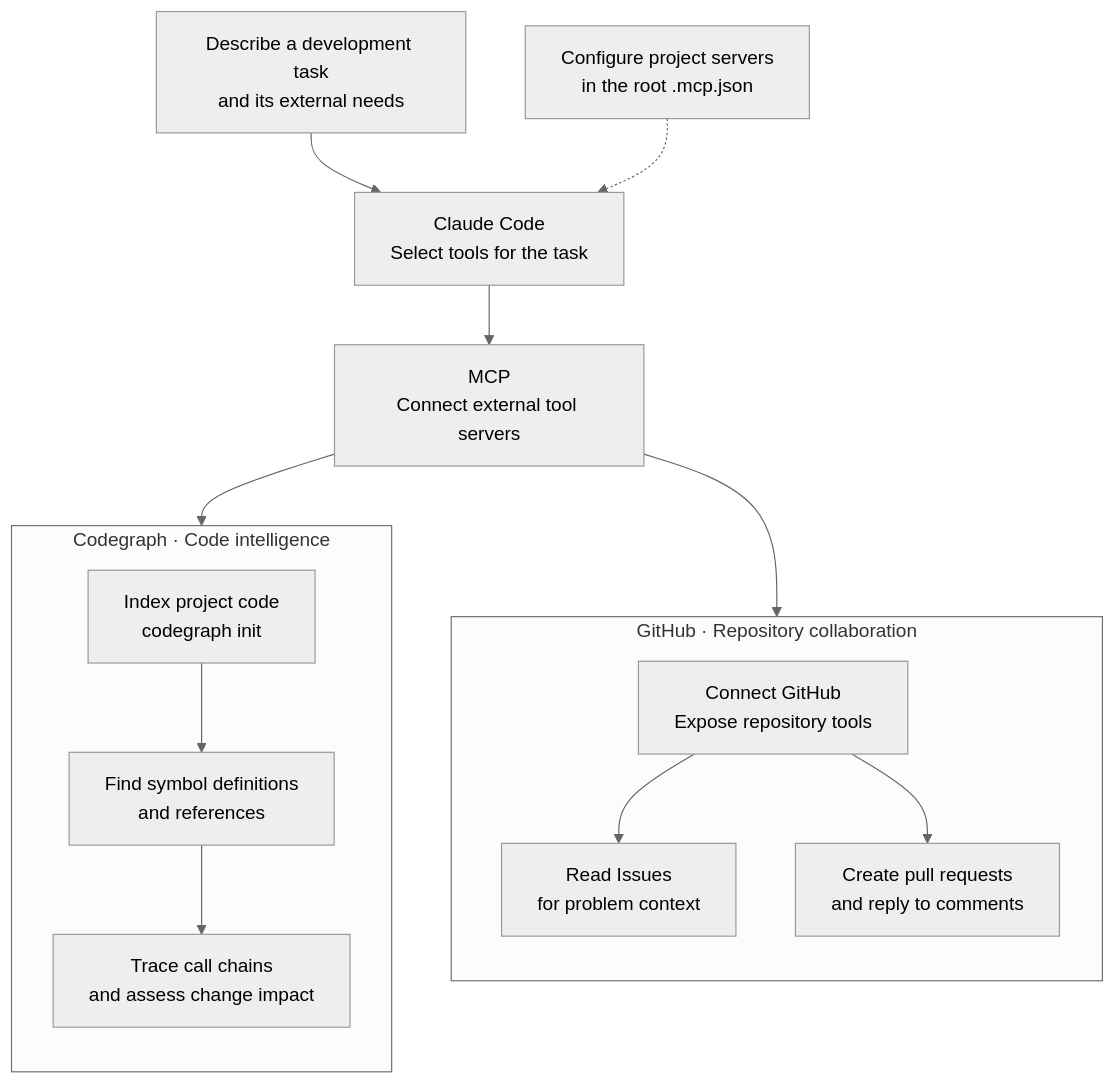
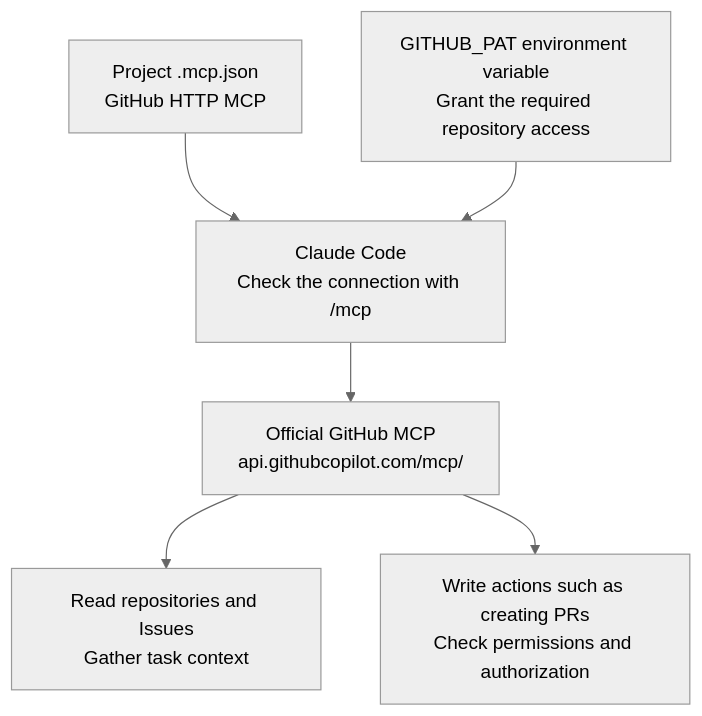
The diagram in diagrams/en/claude-code-mcp.mmd (Jackie-Daddy/Lab-Tutorial), drawn with Mermaid (neutral theme) before and after one commit. The commit also changed 77 other files, not shown here.

```diff
--- a/diagrams/en/claude-code-mcp.mmd
+++ b/diagrams/en/claude-code-mcp.mmd
@@ -1,27 +1,15 @@
 flowchart TB
-  accTitle: How Claude Code Calls External Tools through MCP
-  accDescr: A project-root .mcp.json configures MCP servers. Claude Code selects server tools for the task. The tutorial shows Codegraph for code search and impact analysis, and GitHub for Issues, pull requests, and comments.
-  request["Describe a development task<br/>and its external needs"]
-  config["Configure project servers<br/>in the root .mcp.json"]
-  agent["Claude Code<br/>Select tools for the task"]
-  protocol["MCP<br/>Connect external tool servers"]
-  request --> agent
-  config -.-> agent
-  agent --> protocol
-  subgraph codegraph["Codegraph · Code intelligence"]
-    direction TB
-    index["Index project code<br/>codegraph init"]
-    search["Find symbol definitions<br/>and references"]
-    impact["Trace call chains<br/>and assess change impact"]
-    index --> search --> impact
-  end
-  subgraph github["GitHub · Repository collaboration"]
-    direction TB
-    server["Connect GitHub<br/>Expose repository tools"]
-    issues["Read Issues<br/>for problem context"]
-    changes["Create pull requests<br/>and reply to comments"]
-    server --> issues
-    server --> changes
-  end
-  protocol --> codegraph
-  protocol --> github
+  accTitle: Connect Claude Code to the official GitHub MCP
+  accDescr: Project .mcp.json configures the GitHub HTTP service, with a token supplied through an environment variable. Claude Code can read repositories or perform authorized actions. Check other MCP providers separately.
+
+config["Project .mcp.json<br/>GitHub HTTP MCP"]
+  token["GITHUB_PAT environment variable<br/>Grant the required repository access"]
+  claude["Claude Code<br/>Check the connection with /mcp"]
+  server["Official GitHub MCP<br/>api.githubcopilot.com/mcp/"]
+  read["Read repositories and Issues<br/>Gather task context"]
+  write["Write actions such as creating PRs<br/>Check permissions and authorization"]
+  config --> claude
+  token --> claude
+  claude --> server
+  server --> read
+  server --> write
```
